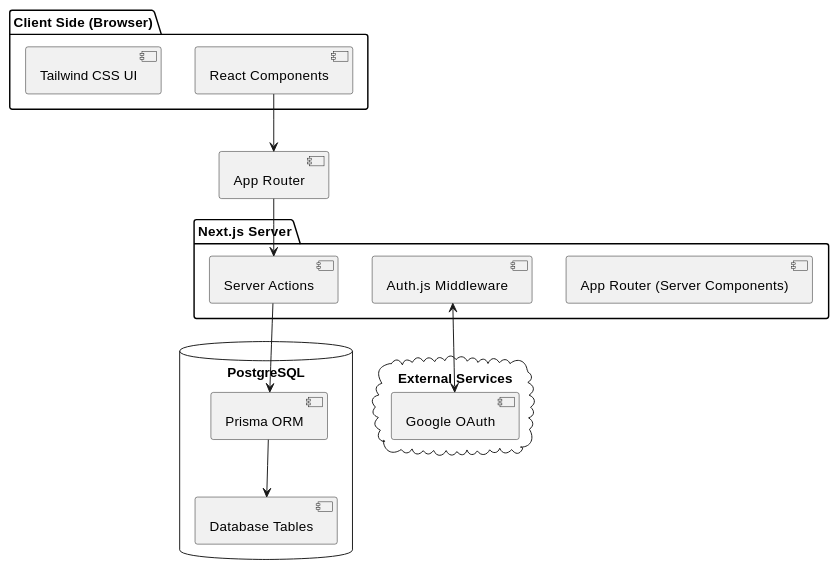
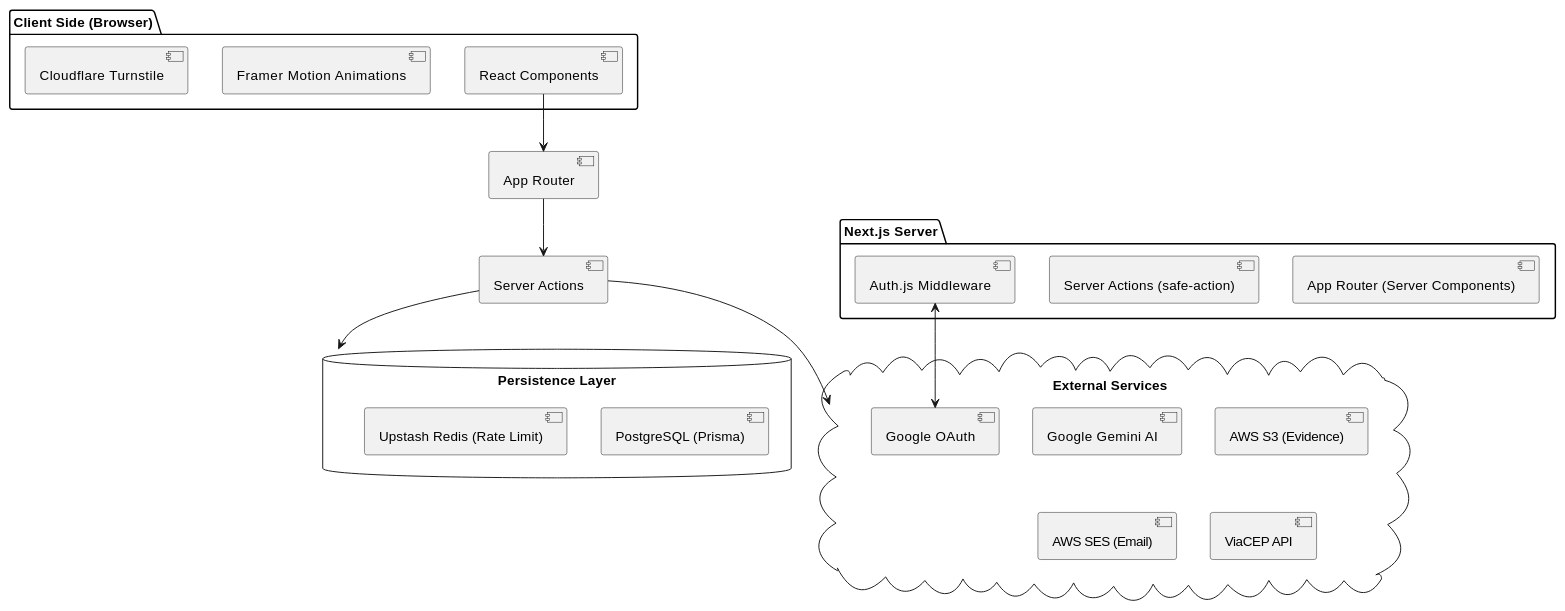
One commit to Allysonfreitas210695/AnonProtect changed the diagram in docs/07-arquitetura-do-sistema.md. Above: the diagram before and after it, drawn with PlantUML. The commit also changed other lines of this file and 3 other files, not shown here.

Commit message:
docs: update TCC documentation with final architecture and features

````diff
--- a/docs/07-arquitetura-do-sistema.md
+++ b/docs/07-arquitetura-do-sistema.md
@@ -21,29 +21,34 @@
 ```plantuml
 @startuml
 package "Client Side (Browser)" {
   [React Components]
-  [Tailwind CSS UI]
+  [Framer Motion Animations]
+  [Cloudflare Turnstile]
 }
 
 package "Next.js Server" {
   [App Router (Server Components)]
-  [Server Actions]
+  [Server Actions (safe-action)]
   [Auth.js Middleware]
 }
 
-database "PostgreSQL" {
-  [Prisma ORM]
-  [Database Tables]
+database "Persistence Layer" {
+  [PostgreSQL (Prisma)]
+  [Upstash Redis (Rate Limit)]
 }
 
 cloud "External Services" {
   [Google OAuth]
+  [Google Gemini AI]
+  [AWS S3 (Evidence)]
+  [AWS SES (Email)]
+  [ViaCEP API]
 }
 
 [React Components] --> [App Router]
 [App Router] --> [Server Actions]
-[Server Actions] --> [Prisma ORM]
-[Prisma ORM] --> [Database Tables]
+[Server Actions] --> [Persistence Layer]
+[Server Actions] --> [External Services]
 [Auth.js Middleware] <--> [Google OAuth]
 @enduml
 ```
````
